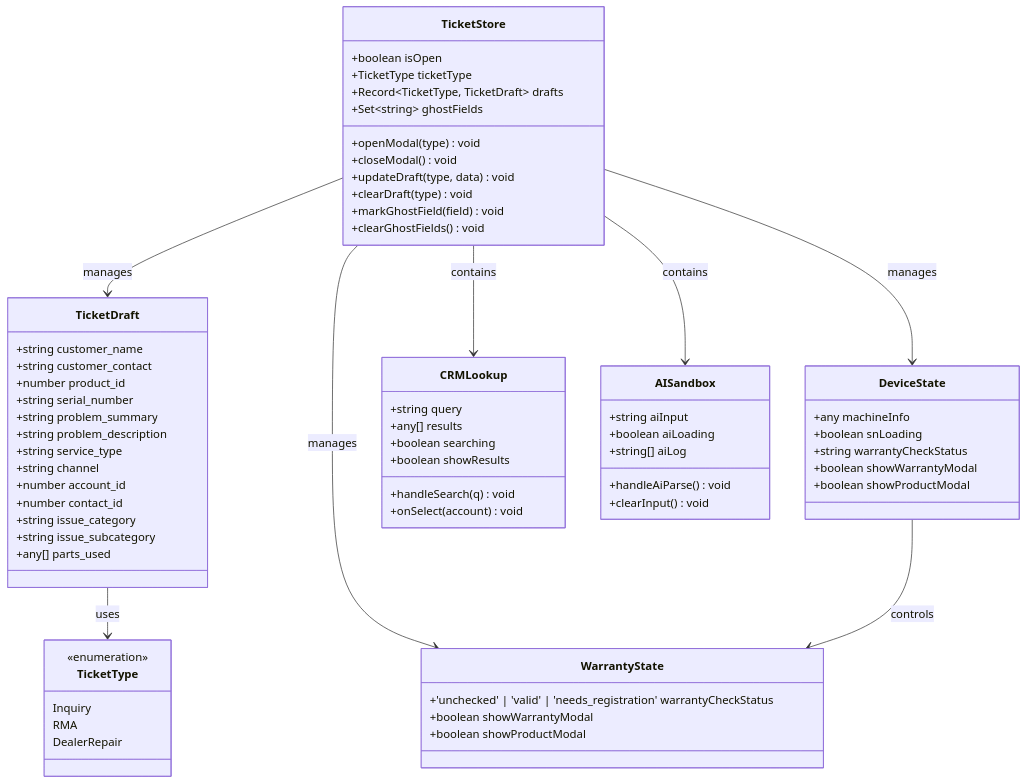
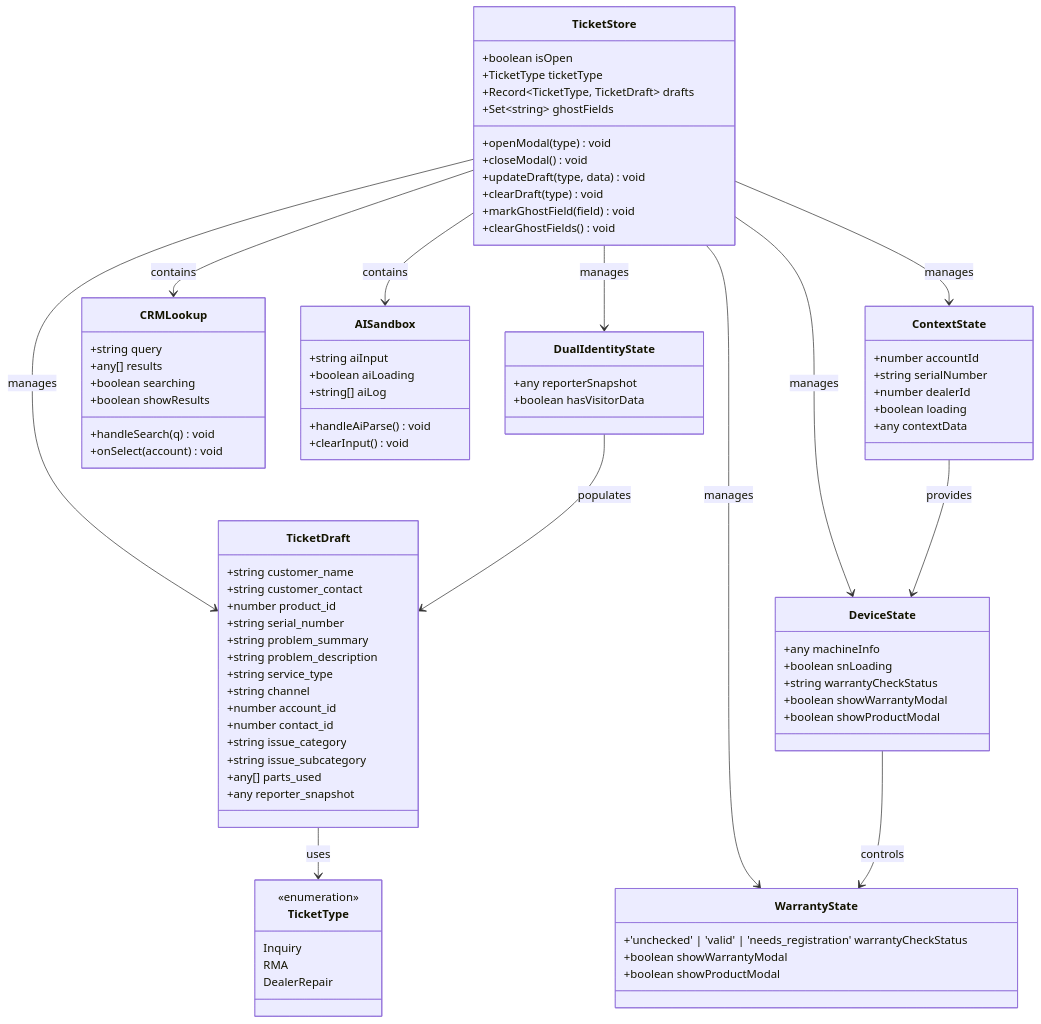
One commit to CubeEdge/Longhorn changed the third of 37 diagrams in .qoder/repowiki/zh/content/TicketCreationModal 工单创建模态框.md. Above: the diagram before and after it, drawn with Mermaid. The commit also changed other lines of this file and 28 other files, not shown here.

````diff
--- a/.qoder/repowiki/zh/content/TicketCreationModal 工单创建模态框.md
+++ b/.qoder/repowiki/zh/content/TicketCreationModal 工单创建模态框.md
@@ -356,6 +432,7 @@
 +string issue_category
 +string issue_subcategory
 +any[] parts_used
++any reporter_snapshot
 }
 class TicketType {
 <<enumeration>>
@@ -369,6 +446,13 @@
 +string warrantyCheckStatus
 +boolean showWarrantyModal
 +boolean showProductModal
+}
+class ContextState {
++number accountId
++string serialNumber
++number dealerId
++boolean loading
++any contextData
 }
 class CRMLookup {
 +string query
@@ -390,11 +474,19 @@
 +boolean showWarrantyModal
 +boolean showProductModal
 }
+class DualIdentityState {
++any reporterSnapshot
++boolean hasVisitorData
+}
 TicketStore --> TicketDraft : manages
 TicketStore --> CRMLookup : contains
 TicketStore --> AISandbox : contains
 TicketStore --> DeviceState : manages
+TicketStore --> ContextState : manages
 TicketStore --> WarrantyState : manages
+TicketStore --> DualIdentityState : manages
 TicketDraft --> TicketType : uses
 DeviceState --> WarrantyState : controls
+ContextState --> DeviceState : provides
+DualIdentityState --> TicketDraft : populates
 ```
````
